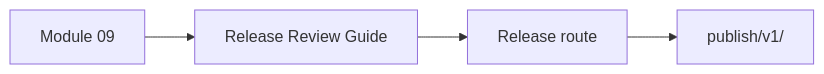
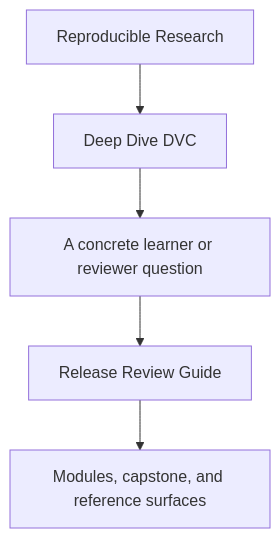
Before and after one commit to bijux/bijux-masterclass: the first of 2 diagrams in programs/reproducible-research/deep-dive-dvc/course-book/guides/release-review-guide.md, drawn with Mermaid. The commit also changed other lines of this file and 31 other files, not shown here.

Commit message:
docs(deep-dive-dvc): sharpen guide and reference diagrams

````diff
--- a/programs/reproducible-research/deep-dive-dvc/course-book/guides/release-review-guide.md
+++ b/programs/reproducible-research/deep-dive-dvc/course-book/guides/release-review-guide.md
@@ -6,9 +6,7 @@
 ```mermaid
-graph LR
-  module["Module 09"]
-  guide["Release Review Guide"]
-  capstone["Release route"]
-  publish["publish/v1/"]
-
-  module --> guide --> capstone --> publish
+flowchart TD
+  family["Reproducible Research"] --> program["Deep Dive DVC"]
+  program --> pressure["A concrete learner or reviewer question"]
+  pressure --> guide["Release Review Guide"]
+  guide --> next["Modules, capstone, and reference surfaces"]
 ```
````
